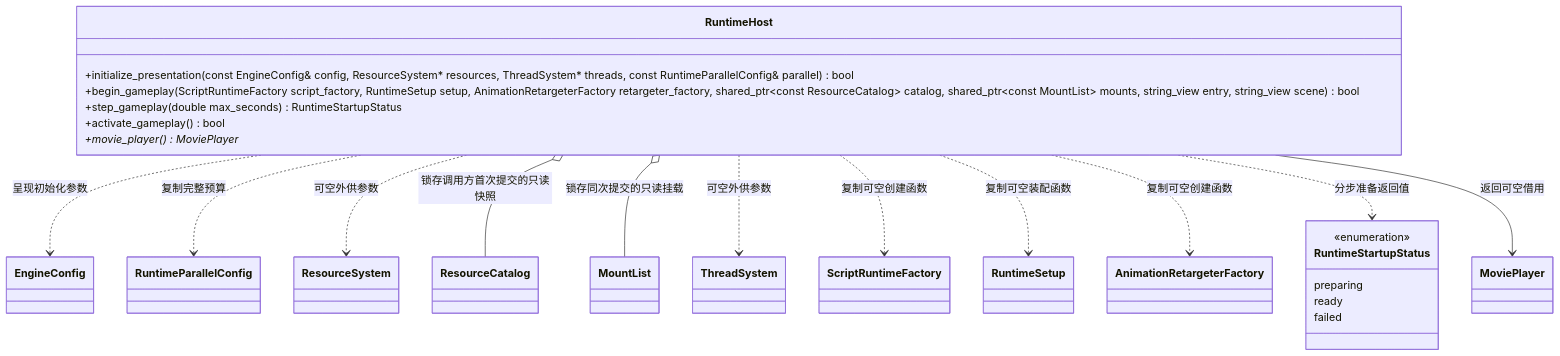
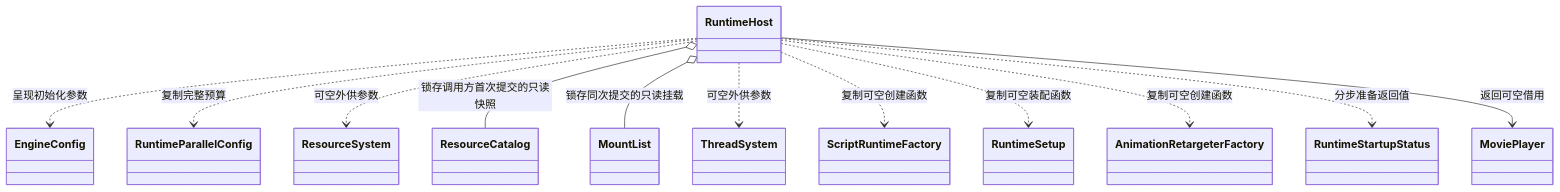
The second of 4 diagrams in docs/runtime/class-diagrams/movie-startup.md (lcals/Engine), drawn with Mermaid before and after one commit. The commit also changed other lines of this file and 44 other files, not shown here.

Commit message:
Fix movie playback contracts, timing and startup resources

````diff
--- a/docs/runtime/class-diagrams/movie-startup.md
+++ b/docs/runtime/class-diagrams/movie-startup.md
@@ -95,37 +93,26 @@
 ```mermaid
 classDiagram
-    class RuntimeHost {
-        +initialize_presentation(const EngineConfig& config, ResourceSystem* resources, ThreadSystem* threads, const RuntimeParallelConfig& parallel) bool
-        +begin_gameplay(ScriptRuntimeFactory script_factory, RuntimeSetup setup, AnimationRetargeterFactory retargeter_factory, shared_ptr~const ResourceCatalog~ catalog, shared_ptr~const MountList~ mounts, string_view entry, string_view scene) bool
-        +step_gameplay(double max_seconds) RuntimeStartupStatus
-        +activate_gameplay() bool
-        +movie_player() MoviePlayer*
-    }
-    class RuntimeStartupStatus {
-        <<enumeration>>
-        preparing
-        ready
-        failed
-    }
+    class RuntimeHost
+    class RuntimeStartupStatus
     class EngineConfig
     class RuntimeParallelConfig
     class ResourceSystem
     class ResourceCatalog
     class MountList
     class ThreadSystem
     class ScriptRuntimeFactory
     class RuntimeSetup
     class AnimationRetargeterFactory
     class MoviePlayer
     RuntimeHost ..> EngineConfig : 呈现初始化参数
     RuntimeHost ..> RuntimeParallelConfig : 复制完整预算
     RuntimeHost ..> ResourceSystem : 可空外供参数
     RuntimeHost o-- ResourceCatalog : 锁存调用方首次提交的只读快照
     RuntimeHost o-- MountList : 锁存同次提交的只读挂载
     RuntimeHost ..> ThreadSystem : 可空外供参数
     RuntimeHost ..> ScriptRuntimeFactory : 复制可空创建函数
     RuntimeHost ..> RuntimeSetup : 复制可空装配函数
     RuntimeHost ..> AnimationRetargeterFactory : 复制可空创建函数
     RuntimeHost ..> RuntimeStartupStatus : 分步准备返回值
     RuntimeHost --> MoviePlayer : 返回可空借用
 ```
````
